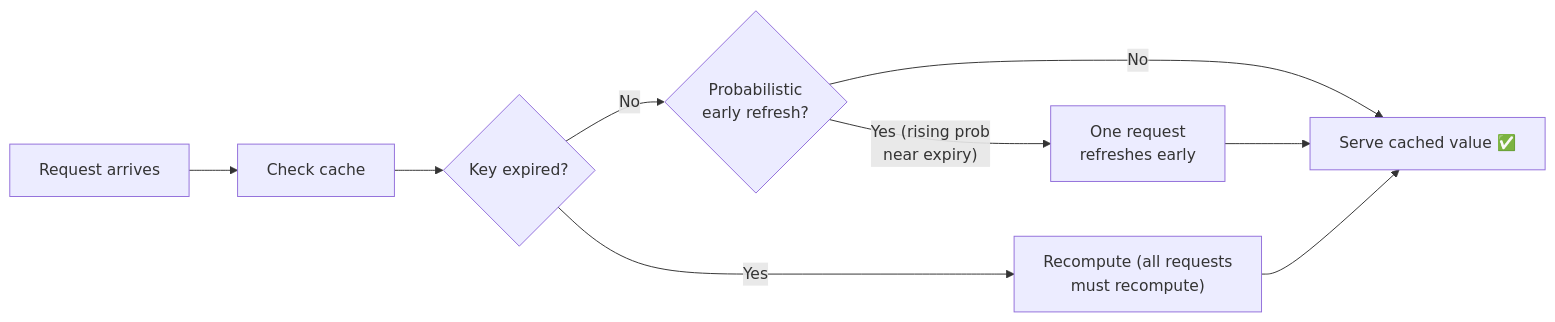
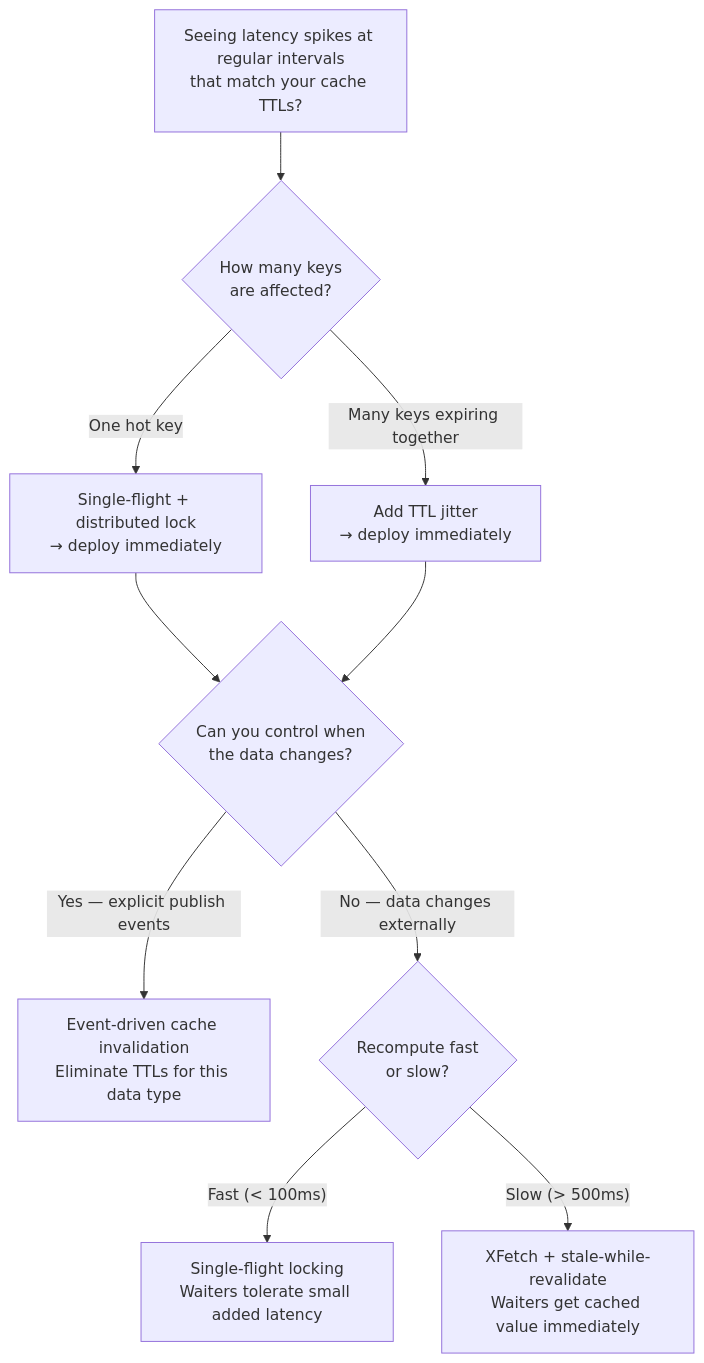
The second of 2 diagrams in content/cache-stampede.md (Thamjith/system-design-reallife-scenarios), drawn with Mermaid before and after one commit. The commit also changed other lines of this file and 9 other files, not shown here.

First line of the commit message:
Enhance Mermaid diagrams with zoom functionality and improve styling

````diff
--- a/content/cache-stampede.md
+++ b/content/cache-stampede.md
@@ -90,11 +256,12 @@
 ```mermaid
-flowchart LR
-    A["Request arrives"] --> B["Check cache"]
-    B --> C{Key expired?}
-    C -- Yes --> D["Recompute (all requests\nmust recompute)"]
-    C -- No --> E{Probabilistic\nearly refresh?}
-    E -- "Yes (rising prob\nnear expiry)" --> F["One request\nrefreshes early"]
-    E -- No --> G["Serve cached value ✅"]
-    F --> G
-    D --> G
+flowchart TD
+    A["Seeing latency spikes at regular intervals\nthat match your cache TTLs?"] --> B{How many keys\nare affected?}
+    B -- "One hot key" --> C["Single-flight + distributed lock\n→ deploy immediately"]
+    B -- "Many keys expiring together" --> D["Add TTL jitter\n→ deploy immediately"]
+    C --> E{Can you control when\nthe data changes?}
+    D --> E
+    E -- "Yes — explicit publish events" --> F["Event-driven cache invalidation\nEliminate TTLs for this data type"]
+    E -- "No — data changes externally" --> G{Recompute fast\nor slow?}
+    G -- "Fast (< 100ms)" --> H["Single-flight locking\nWaiters tolerate small added latency"]
+    G -- "Slow (> 500ms)" --> I["XFetch + stale-while-revalidate\nWaiters get cached value immediately"]
 ```
````
